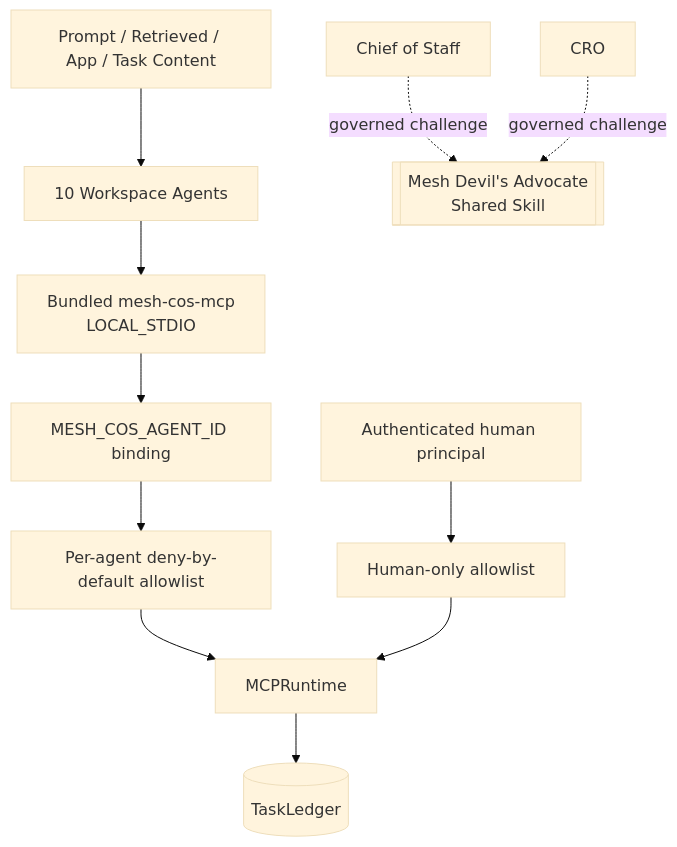
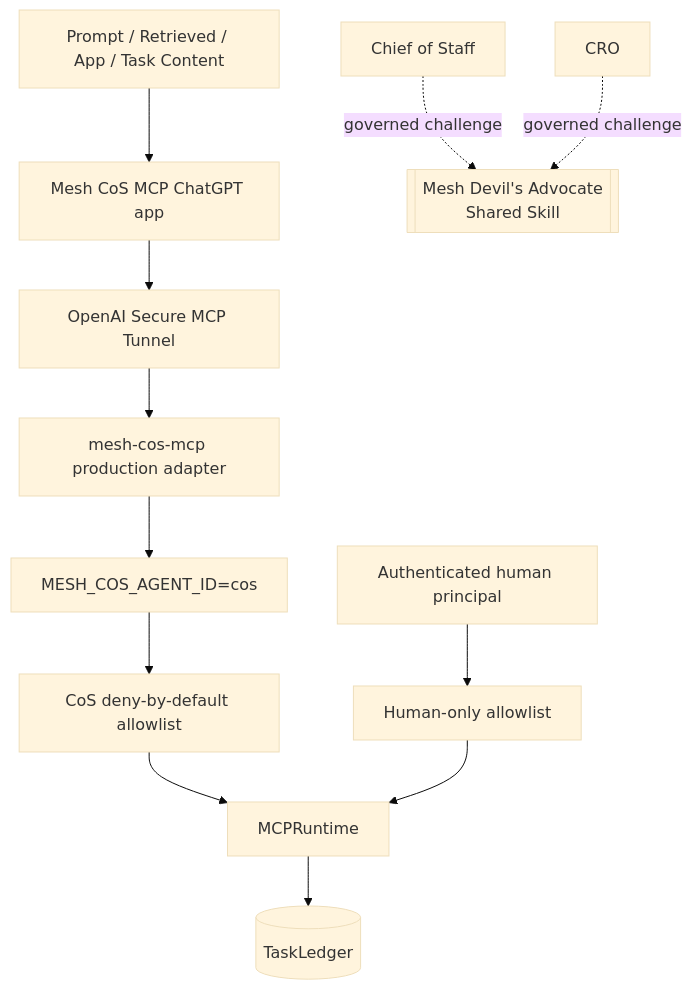
The diagram in docs/security-governance.md (mkleinbe/mesh-ai-agent-cos-universe), drawn with Mermaid (base theme) before and after one commit. The commit also changed other lines of this file, not shown here.

Commit message:
docs: reconcile security governance with Secure MCP Tunnel production path

````diff
--- a/docs/security-governance.md
+++ b/docs/security-governance.md
@@ -7,13 +7,14 @@
 ```mermaid
 flowchart TB
-    IN[Prompt / Retrieved / App / Task Content] --> WA[10 Workspace Agents]
-    WA --> MCP[Bundled mesh-cos-mcp\nLOCAL_STDIO]
-    MCP --> ID[MESH_COS_AGENT_ID binding]
-    ID --> AL[Per-agent deny-by-default allowlist]
+    IN[Prompt / Retrieved / App / Task Content] --> APP[Mesh CoS MCP ChatGPT app]
+    APP --> TUN[OpenAI Secure MCP Tunnel]
+    TUN --> HTTP[mesh-cos-mcp production adapter]
+    HTTP --> ID[MESH_COS_AGENT_ID=cos]
+    ID --> AL[CoS deny-by-default allowlist]
     AL --> RT[MCPRuntime]
     HUMAN[Authenticated human principal] --> HL[Human-only allowlist]
     HL --> RT
     RT --> L[(TaskLedger)]
     COS[Chief of Staff] -. governed challenge .-> DA[[Mesh Devil's Advocate\nShared Skill]]
     CRO[CRO] -. governed challenge .-> DA
 ```
````
